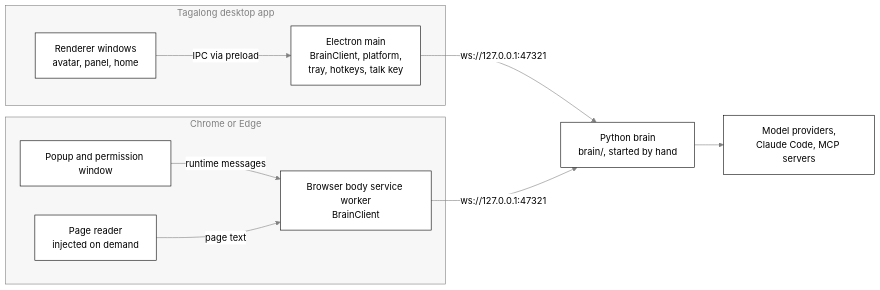
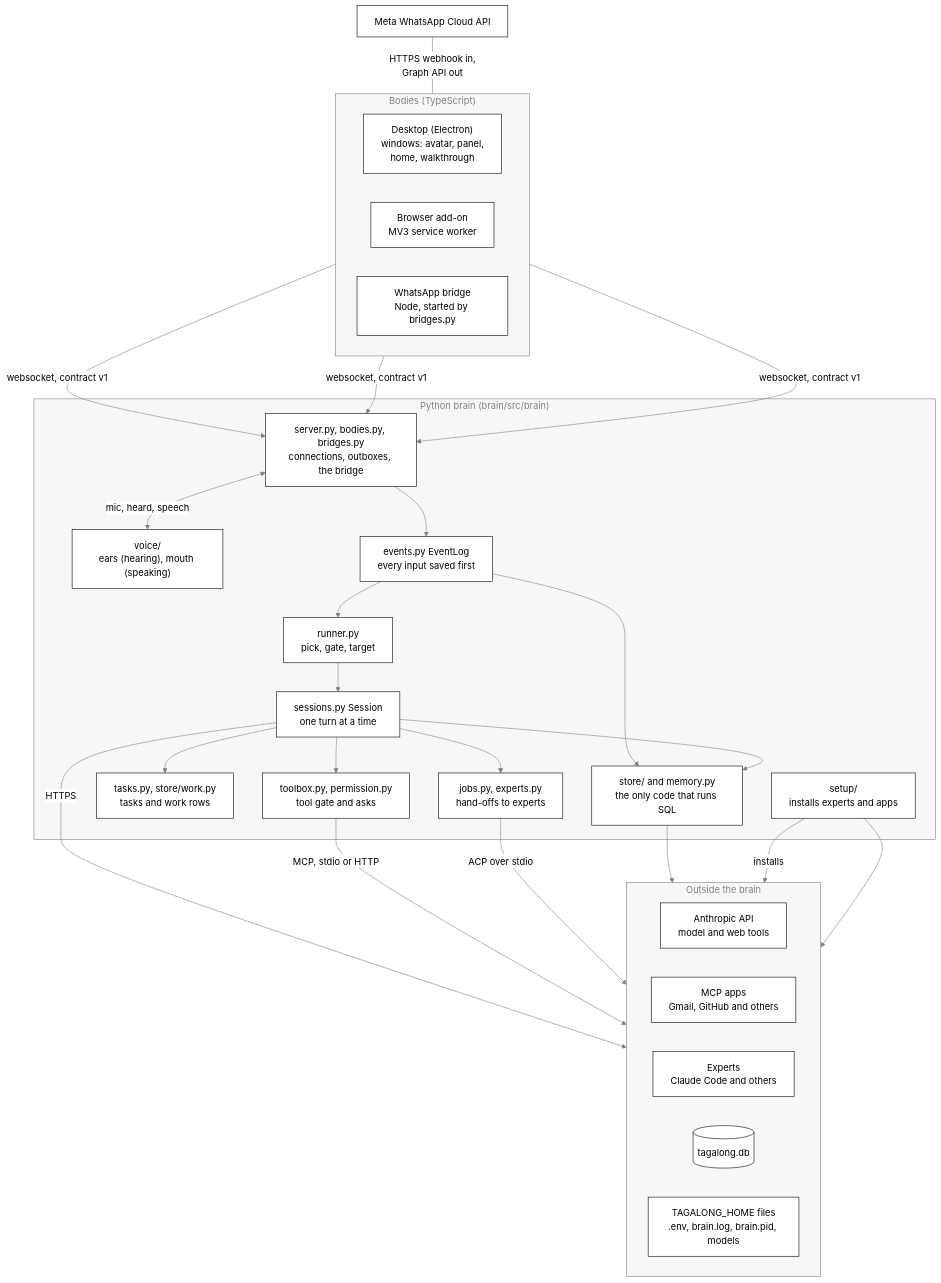
The first of 4 diagrams in docs/architecture.md (nadeem4/tagalong), drawn with Mermaid before and after one commit. The commit also changed other lines of this file and 6 other files, not shown here.

First line of the commit message:
docs: architecture overview, reading paths and protocol session flow (#432)

````diff
--- a/docs/architecture.md
+++ b/docs/architecture.md
@@ -32,21 +23,49 @@
 ```mermaid
-%%{init: {"theme": "base", "themeVariables": {"primaryColor": "#ffffff", "primaryTextColor": "#000000", "primaryBorderColor": "#000000", "lineColor": "#808080", "arrowheadColor": "#808080", "secondaryColor": "#f2f2f2", "tertiaryColor": "#ffffff", "clusterBkg": "#f7f7f7", "clusterBorder": "#808080", "edgeLabelBackground": "#ffffff", "titleColor": "#808080", "actorBkg": "#ffffff", "actorBorder": "#000000", "actorTextColor": "#000000", "actorLineColor": "#808080", "signalColor": "#808080", "signalTextColor": "#808080", "sequenceNumberColor": "#ffffff", "labelBoxBkgColor": "#ffffff", "labelBoxBorderColor": "#808080", "labelTextColor": "#000000", "loopTextColor": "#808080", "noteBkgColor": "#f7f7f7", "noteBorderColor": "#808080", "noteTextColor": "#000000", "activationBkgColor": "#f7f7f7", "activationBorderColor": "#808080", "fontFamily": "Segoe UI, Helvetica, Arial, sans-serif"}}}%%
-flowchart LR
-  subgraph Electron["Tagalong desktop app"]
-    R["Renderer windows<br>avatar, panel, home"]
-    M["Electron main<br>BrainClient, platform,<br>tray, hotkeys, talk key"]
+%%{init: {"theme": "base", "themeVariables": {"primaryColor": "#ffffff", "primaryTextColor": "#000000", "primaryBorderColor": "#000000", "lineColor": "#808080", "arrowheadColor": "#808080", "secondaryColor": "#f2f2f2", "tertiaryColor": "#ffffff", "clusterBkg": "#f7f7f7", "clusterBorder": "#808080", "edgeLabelBackground": "#ffffff", "titleColor": "#808080", "actorBkg": "#ffffff", "actorBorder": "#000000", "actorTextColor": "#000000", "actorLineColor": "#808080", "signalColor": "#808080", "signalTextColor": "#808080", "sequenceNumberColor": "#ffffff", "labelBoxBkgColor": "#ffffff", "labelBoxBorderColor": "#808080", "labelTextColor": "#000000", "loopTextColor": "#808080", "noteBkgColor": "#f7f7f7", "noteBorderColor": "#808080", "noteTextColor": "#000000", "activationBkgColor": "#f7f7f7", "activationBorderColor": "#808080", "fontFamily": "Segoe UI, Helvetica, Arial, sans-serif"}, "themeCSS": ".relationshipLabelBox{opacity:1} .relationshipLabelBox rect{opacity:1}"}}%%
+flowchart TB
+  subgraph Bodies["Bodies (TypeScript)"]
+    direction LR
+    DESK["Desktop (Electron)<br/>windows: avatar, panel,<br/>home, walkthrough"]
+    BRW["Browser add-on<br/>MV3 service worker"]
+    WA["WhatsApp bridge<br/>Node, started by bridges.py"]
   end
-  subgraph Chrome["Chrome or Edge"]
-    SW["Browser body service worker<br>BrainClient"]
-    PU["Popup and permission window"]
-    CS["Page reader<br>injected on demand"]
+  subgraph Brain["Python brain (brain/src/brain)"]
+    SRV["server.py, bodies.py, bridges.py<br/>connections, outboxes, the bridge"]
+    VOX["voice/<br/>ears (hearing), mouth (speaking)"]
+    EV["events.py EventLog<br/>every input saved first"]
+    RUN["runner.py<br/>pick, gate, target"]
+    SES["sessions.py Session<br/>one turn at a time"]
+    TB["toolbox.py, permission.py<br/>tool gate and asks"]
+    TASK["tasks.py, store/work.py<br/>tasks and work rows"]
+    JOB["jobs.py, experts.py<br/>hand-offs to experts"]
+    STORE["store/ and memory.py<br/>the only code that runs SQL"]
+    SETUP["setup/<br/>installs experts and apps"]
   end
-  P["Python brain<br>brain/, started by hand"]
-  X["Model providers,<br>Claude Code, MCP servers"]
-  R -- "IPC via preload" --> M
-  M -- "ws://127.0.0.1:47321" --> P
-  SW -- "ws://127.0.0.1:47321" --> P
-  PU -- "runtime messages" --> SW
-  CS -- "page text" --> SW
-  P --> X
+  subgraph Outside["Outside the brain"]
+    direction LR
+    API["Anthropic API<br/>model and web tools"]
+    MCP["MCP apps<br/>Gmail, GitHub and others"]
+    EXP["Experts<br/>Claude Code and others"]
+    DB[("tagalong.db")]
+    FILES["TAGALONG_HOME files<br/>.env, brain.log, brain.pid, models"]
+  end
+  META["Meta WhatsApp Cloud API"] -- "HTTPS webhook in,<br/>Graph API out" --- WA
+  DESK -- "websocket, contract v1" --> SRV
+  BRW -- "websocket, contract v1" --> SRV
+  WA -- "websocket, contract v1" --> SRV
+  SRV <--> |"mic, heard, speech"| VOX
+  SRV --> EV
+  EV --> RUN
+  RUN --> SES
+  SES --> TB
+  SES --> TASK
+  SES --> JOB
+  EV --> STORE
+  SES --> STORE
+  SES -- "HTTPS" --> API
+  TB -- "MCP, stdio or HTTP" --> MCP
+  JOB -- "ACP over stdio" --> EXP
+  STORE --> DB
+  SETUP -- "installs" --> EXP
+  SETUP --> FILES
 ```
````
